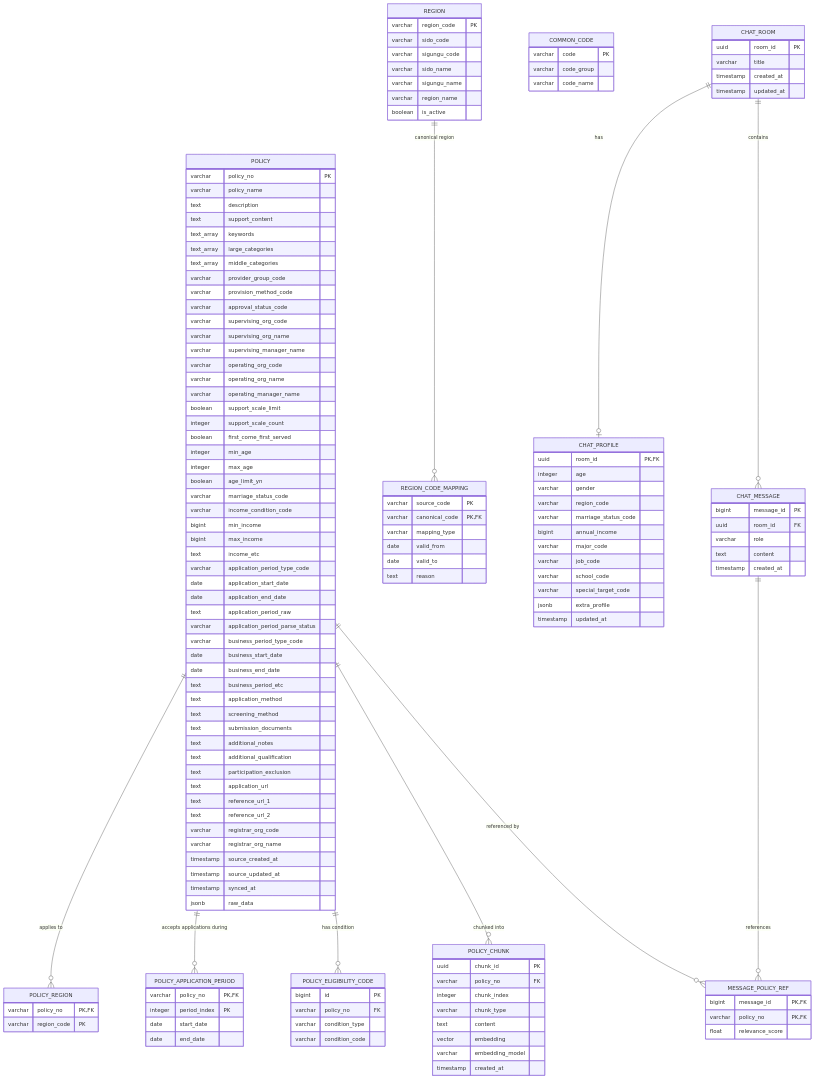
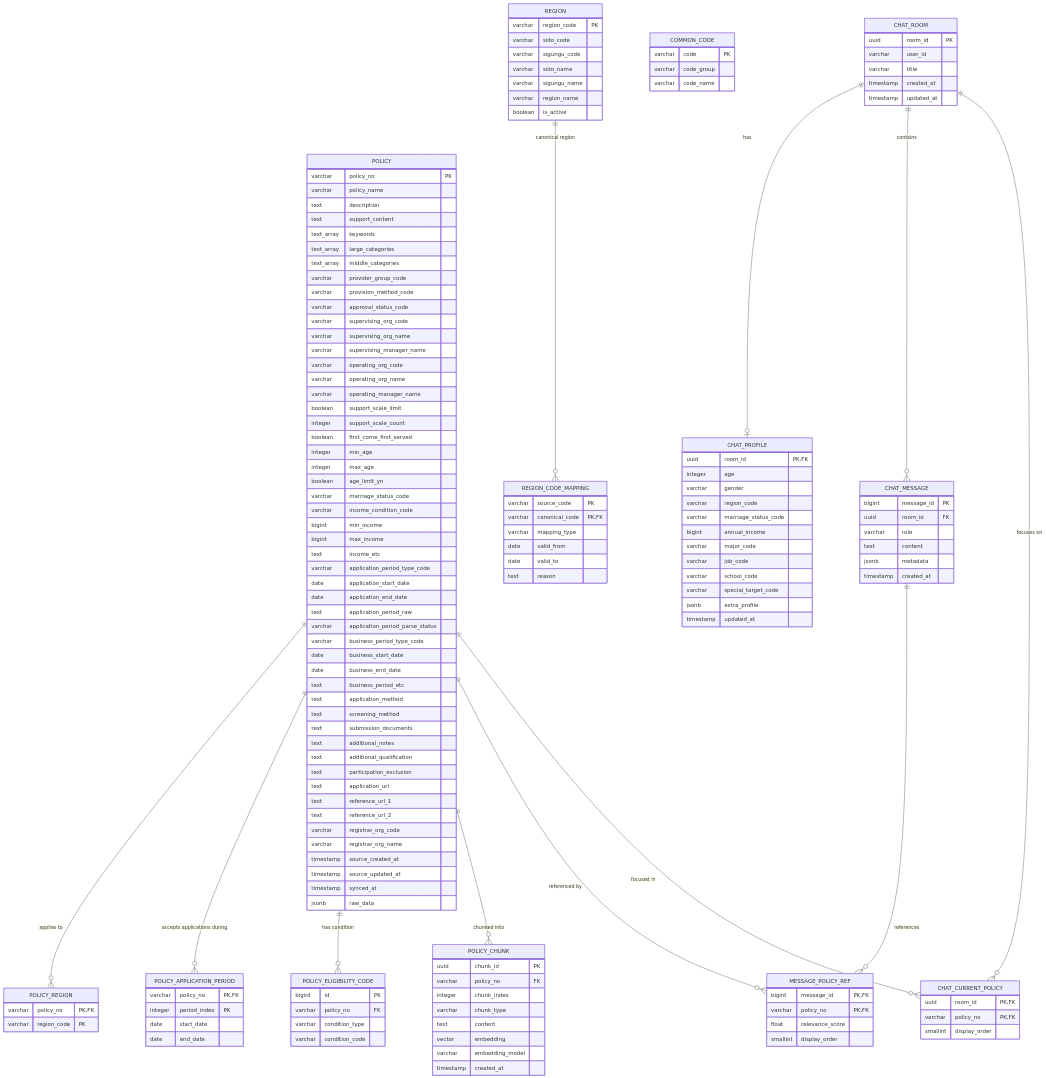
Before and after one commit to inha-youthlink/youthlink-data-pipeline: the first of 3 diagrams in docs/erd.md, drawn with Mermaid. The commit also changed other lines of this file and 1 other file, not shown here.

Commit message:
docs: 채팅 상태 변경을 ERD와 데이터 사전에 반영

````diff
--- a/docs/erd.md
+++ b/docs/erd.md
@@ -129,6 +129,7 @@
 
     CHAT_ROOM {
         uuid room_id PK
+        varchar user_id
         varchar title
         timestamp created_at
         timestamp updated_at
@@ -154,6 +155,7 @@
         uuid room_id FK
         varchar role
         text content
+        jsonb metadata
         timestamp created_at
     }
 
@@ -161,6 +163,13 @@
         bigint message_id PK,FK
         varchar policy_no PK,FK
         float relevance_score
+        smallint display_order
+    }
+
+    CHAT_CURRENT_POLICY {
+        uuid room_id PK,FK
+        varchar policy_no PK,FK
+        smallint display_order
     }
 
     POLICY ||--o{ POLICY_REGION : "applies to"
@@ -174,4 +183,7 @@
 
     CHAT_MESSAGE ||--o{ MESSAGE_POLICY_REF : "references"
     POLICY ||--o{ MESSAGE_POLICY_REF : "referenced by"
+
+    CHAT_ROOM ||--o{ CHAT_CURRENT_POLICY : "focuses on"
+    POLICY ||--o{ CHAT_CURRENT_POLICY : "focused in"
 ```
````
